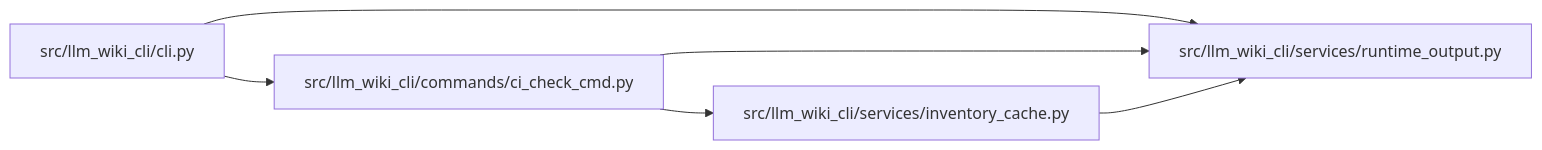
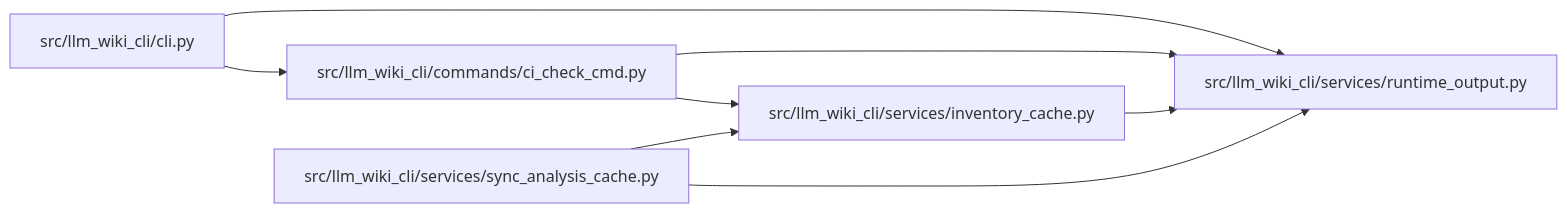
One commit to Denissvgn/python-wiki-llm changed the diagram in docs/llm_wiki/modules/runtime_output.md. Above: the diagram before and after it, drawn with Mermaid. The commit also changed other lines of this file and 462 other files, not shown here.

Commit message:
Reuse authenticated analysis for Markdown wiki syncs

````diff
--- a/docs/llm_wiki/modules/runtime_output.md
+++ b/docs/llm_wiki/modules/runtime_output.md
@@ -24,16 +24,20 @@
 ```mermaid
 flowchart LR
     n0["src/llm_wiki_cli/cli.py"]
     n1["src/llm_wiki_cli/commands/ci_check_cmd.py"]
     n2["src/llm_wiki_cli/services/inventory_cache.py"]
     n3["src/llm_wiki_cli/services/runtime_output.py"]
+    n4["src/llm_wiki_cli/services/sync_analysis_cache.py"]
     n0 --> n1
     n0 --> n3
     n1 --> n2
     n1 --> n3
     n2 --> n3
+    n4 --> n2
+    n4 --> n3
     click n0 "../modules/cli.md"
     click n1 "../modules/ci_check_cmd.md"
     click n2 "../modules/inventory_cache.md"
     click n3 "../modules/runtime_output.md"
+    click n4 "../modules/sync_analysis_cache.md"
 ```
````
